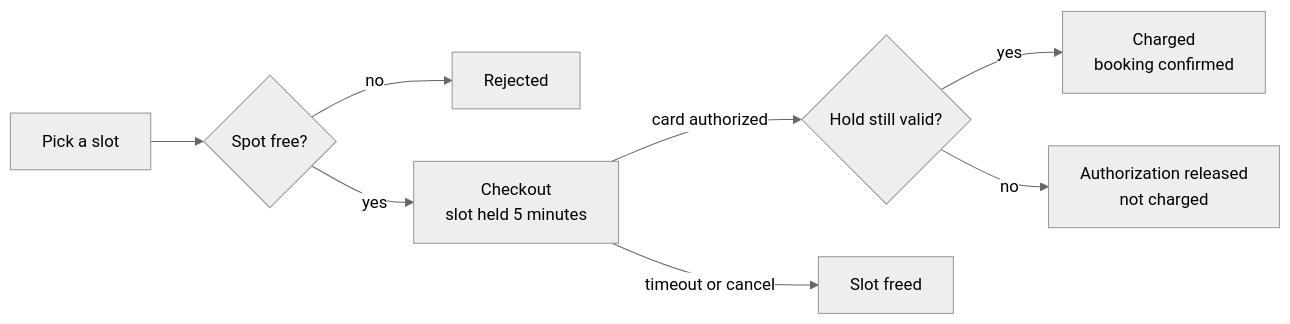
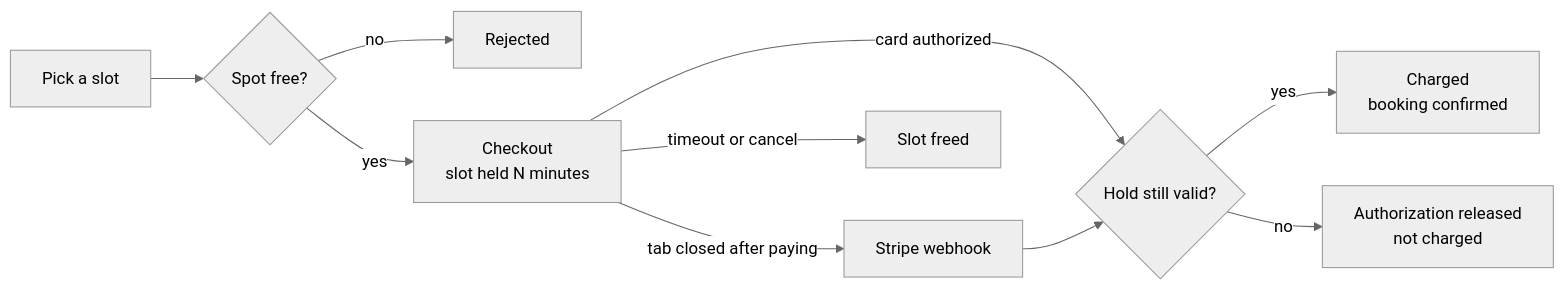
The diagram in README.md (jaimearamburo/sports-finder-app), drawn with Mermaid (neutral theme) before and after one commit. The commit also changed other lines of this file, not shown here.

````diff
--- a/README.md
+++ b/README.md
@@ -22,10 +22,12 @@
 ```mermaid
 flowchart LR
   A[Pick a slot] --> B{Spot free?}
   B -- no --> R[Rejected]
-  B -- yes --> C[Checkout<br/>slot held 5 minutes]
+  B -- yes --> C[Checkout<br/>slot held N minutes]
   C -- card authorized --> V{Hold still valid?}
+  C -- tab closed after paying --> W[Stripe webhook]
+  W --> V
   V -- yes --> D[Charged<br/>booking confirmed]
   V -- no --> N[Authorization released<br/>not charged]
   C -- timeout or cancel --> E[Slot freed]
 ```
````
